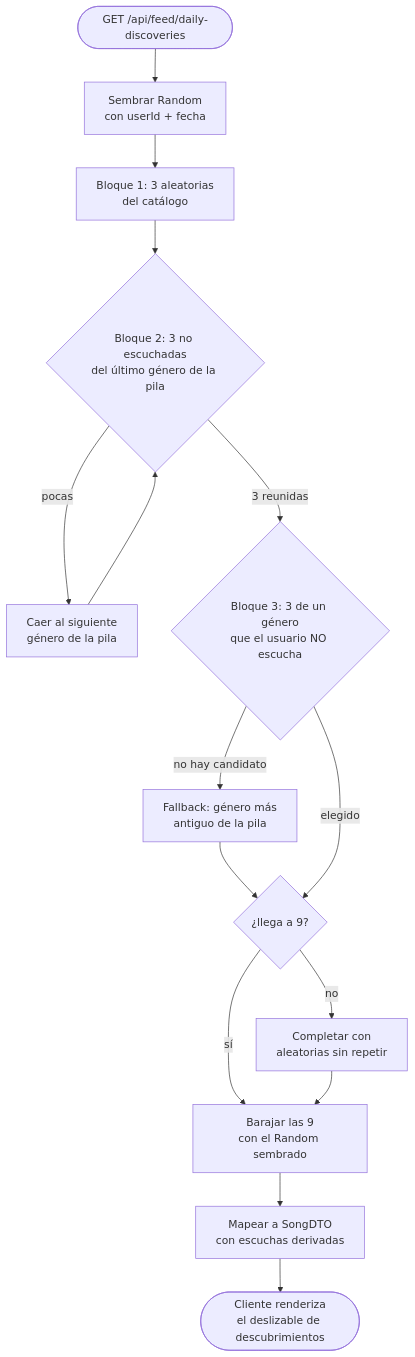
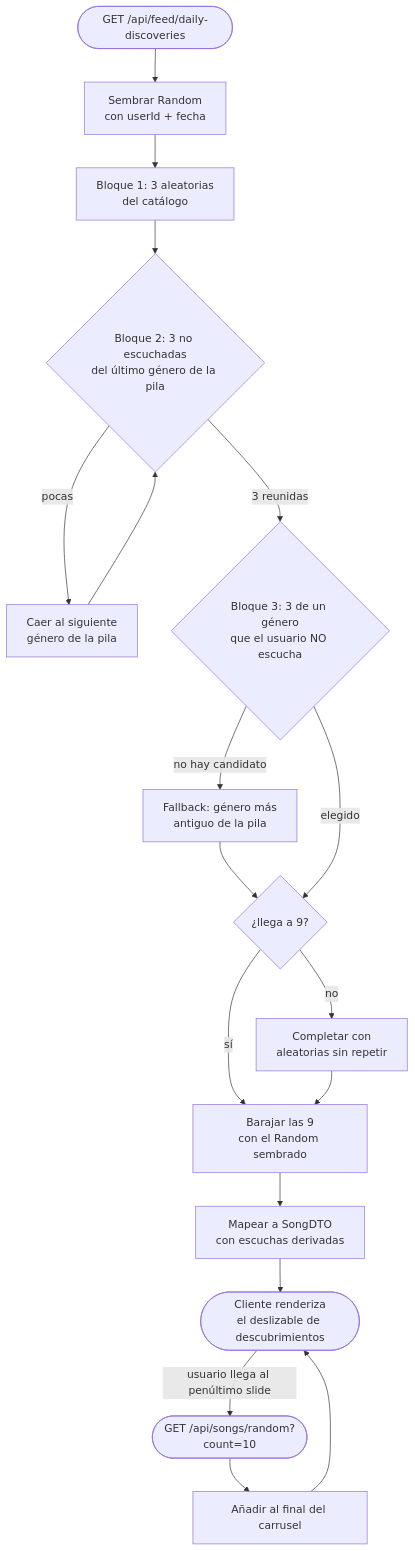
The eighth of 27 diagrams in README.md (conguchu/selfpotify), drawn with Mermaid before and after one commit. The commit also changed other lines of this file, not shown here.

````diff
--- a/README.md
+++ b/README.md
@@ -437,17 +445,20 @@
 ```mermaid
 flowchart TD
     Get([GET /api/feed/daily-discoveries]) --> Seed[Sembrar Random<br/>con userId + fecha]
     Seed --> B1[Bloque 1: 3 aleatorias<br/>del catálogo]
     B1 --> B2{Bloque 2: 3 no escuchadas<br/>del último género de la pila}
     B2 -- pocas --> B2b[Caer al siguiente<br/>género de la pila]
     B2b --> B2
     B2 -- 3 reunidas --> B3{Bloque 3: 3 de un género<br/>que el usuario NO escucha}
     B3 -- no hay candidato --> B3b[Fallback: género más<br/>antiguo de la pila]
     B3b --> Fill
     B3 -- elegido --> Fill{¿llega a 9?}
     Fill -- no --> Pad[Completar con<br/>aleatorias sin repetir]
     Fill -- sí --> Shuffle[Barajar las 9<br/>con el Random sembrado]
     Pad --> Shuffle
     Shuffle --> Map[Mapear a SongDTO<br/>con escuchas derivadas]
     Map --> Render([Cliente renderiza<br/>el deslizable de descubrimientos])
+    Render -- usuario llega al penúltimo slide --> Random([GET /api/songs/random?count=10])
+    Random --> Append[Añadir al final del carrusel]
+    Append --> Render
 ```
````
